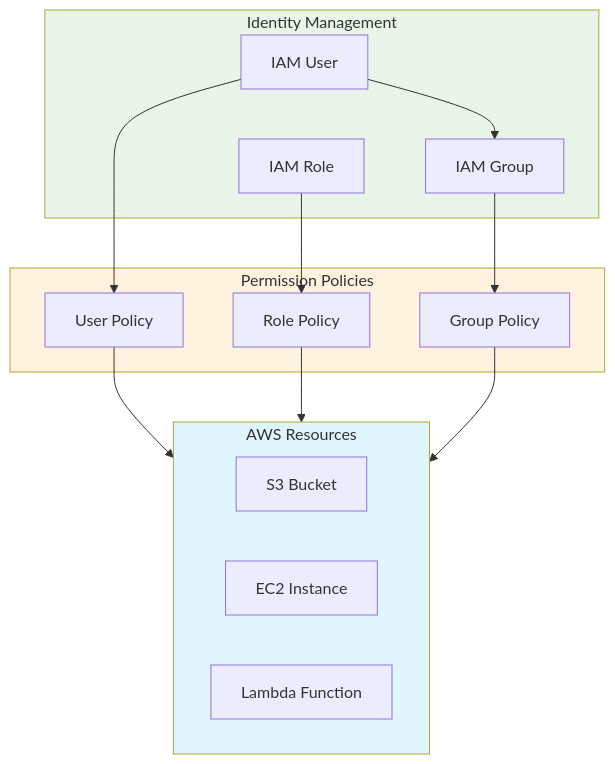
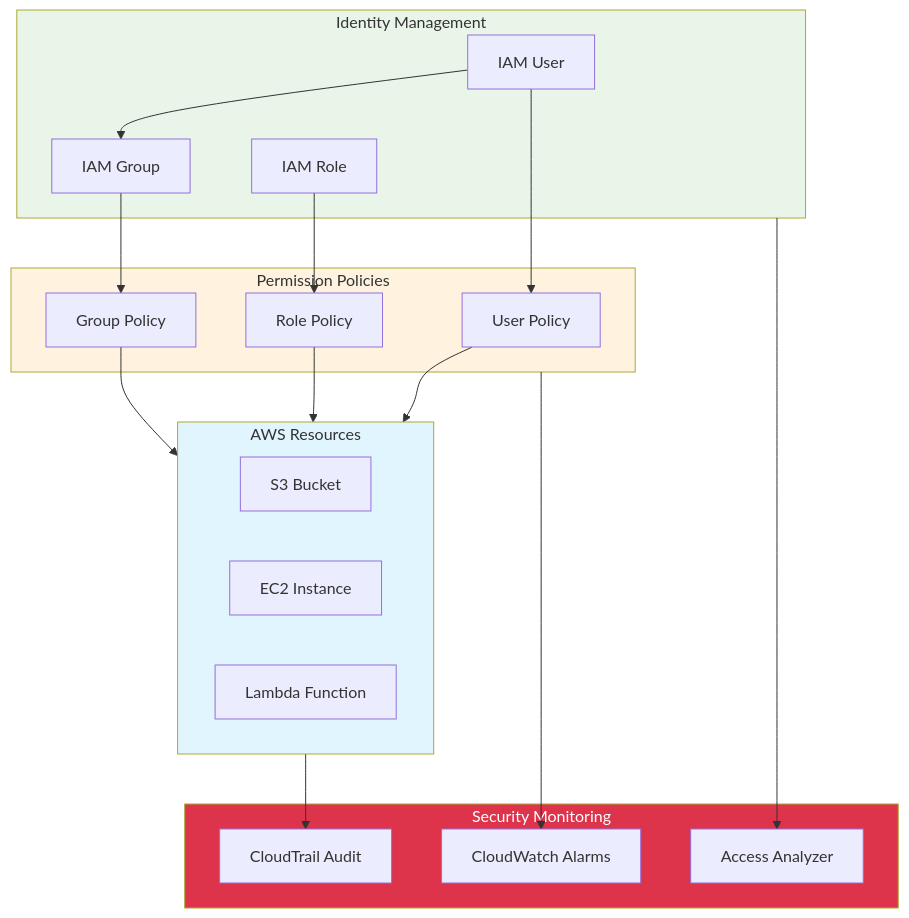
One commit to superluminar-io/aws-modular-workshop changed the diagram in docs/labs/lab_120_iam_permissions/0_intro.md. Above: the diagram before and after it, drawn with Mermaid. The commit also changed other lines of this file and 24 other files, not shown here.

````diff
--- a/docs/labs/lab_120_iam_permissions/0_intro.md
+++ b/docs/labs/lab_120_iam_permissions/0_intro.md
@@ -9,33 +9,44 @@
 ```mermaid
 flowchart TD
     subgraph Identity["Identity Management"]
         User[IAM User]
         Role[IAM Role]
         Group[IAM Group]
     end
 
     subgraph Policies["Permission Policies"]
         UP[User Policy]
         RP[Role Policy]
         GP[Group Policy]
     end
 
     subgraph Resources["AWS Resources"]
         S3[S3 Bucket]
         EC2[EC2 Instance]
         Lambda[Lambda Function]
     end
 
+    subgraph Monitoring["Security Monitoring"]
+        CT[CloudTrail Audit]
+        CW[CloudWatch Alarms]
+        AA[Access Analyzer]
+    end
+
     User --> UP
     Role --> RP
     Group --> GP
     User --> Group
 
     UP --> Resources
     RP --> Resources
     GP --> Resources
 
+    Resources --> CT
+    Policies --> CW
+    Identity --> AA
+
     style Identity fill:#e8f5e8
     style Policies fill:#fff3e0
     style Resources fill:#e1f5fe
+    style Monitoring fill:#dd344c,color:#fff
 ```
````
